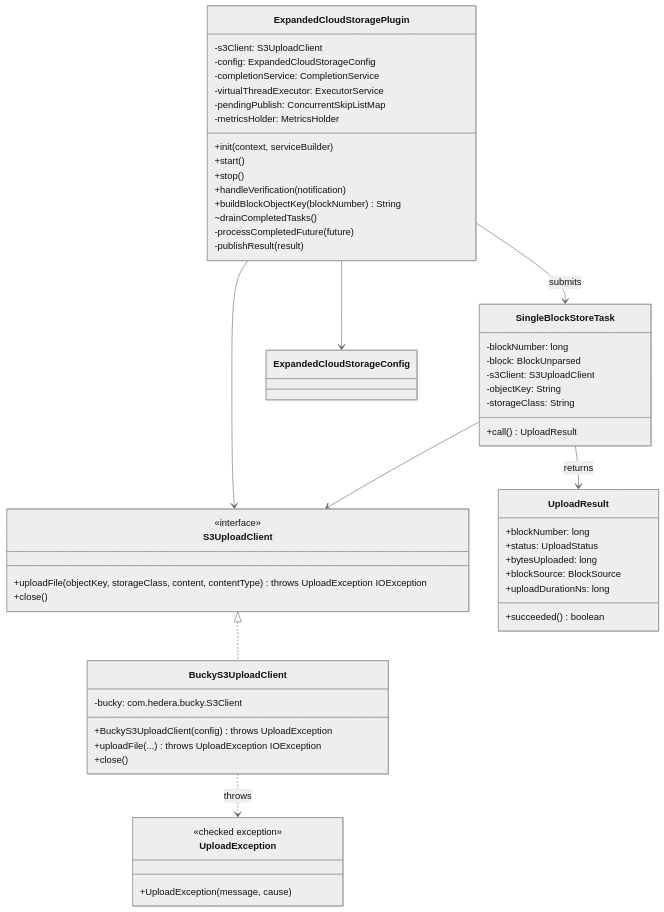
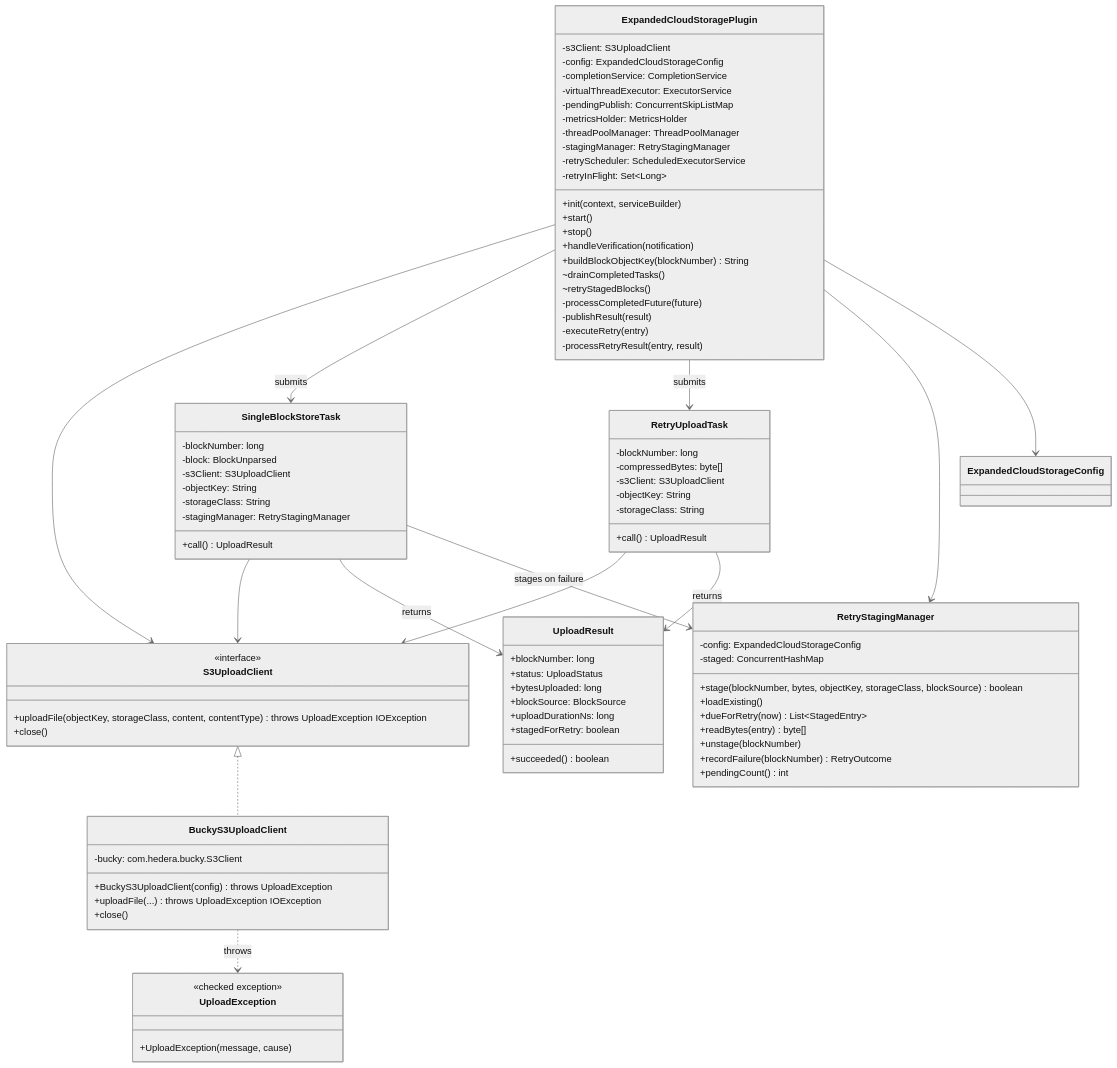
One commit to hiero-ledger/hiero-block-node changed the second of 2 diagrams in docs/design/persistence/cloud-storage-expanded.md. Above: the diagram before and after it, drawn with Mermaid (neutral theme). The commit also changed other lines of this file and 14 other files, not shown here.

Commit message:
3207 Expanded cloud storage plugin retries failed block uploads

````diff
--- a/docs/design/persistence/cloud-storage-expanded.md
+++ b/docs/design/persistence/cloud-storage-expanded.md
@@ -316,14 +388,21 @@
         -virtualThreadExecutor: ExecutorService
         -pendingPublish: ConcurrentSkipListMap
         -metricsHolder: MetricsHolder
+        -threadPoolManager: ThreadPoolManager
+        -stagingManager: RetryStagingManager
+        -retryScheduler: ScheduledExecutorService
+        -retryInFlight: Set~Long~
         +init(context, serviceBuilder)
         +start()
         +stop()
         +handleVerification(notification)
         +buildBlockObjectKey(blockNumber) String
         ~drainCompletedTasks()
+        ~retryStagedBlocks()
         -processCompletedFuture(future)
         -publishResult(result)
+        -executeRetry(entry)
+        -processRetryResult(entry, result)
     }
     class SingleBlockStoreTask {
         -blockNumber: long
@@ -331,6 +410,7 @@
         -s3Client: S3UploadClient
         -objectKey: String
         -storageClass: String
+        -stagingManager: RetryStagingManager
         +call() UploadResult
     }
     class UploadResult {
@@ -339,13 +419,38 @@
         +bytesUploaded: long
         +blockSource: BlockSource
         +uploadDurationNs: long
+        +stagedForRetry: boolean
         +succeeded() boolean
+    }
+    class RetryStagingManager {
+        -config: ExpandedCloudStorageConfig
+        -staged: ConcurrentHashMap
+        +stage(blockNumber, bytes, objectKey, storageClass, blockSource) boolean
+        +loadExisting()
+        +dueForRetry(now) List~StagedEntry~
+        +readBytes(entry) byte[]
+        +unstage(blockNumber)
+        +recordFailure(blockNumber) RetryOutcome
+        +pendingCount() int
+    }
+    class RetryUploadTask {
+        -blockNumber: long
+        -compressedBytes: byte[]
+        -s3Client: S3UploadClient
+        -objectKey: String
+        -storageClass: String
+        +call() UploadResult
     }
     S3UploadClient <|.. BuckyS3UploadClient
     BuckyS3UploadClient ..> UploadException : throws
     ExpandedCloudStoragePlugin --> S3UploadClient
     ExpandedCloudStoragePlugin --> SingleBlockStoreTask : submits
+    ExpandedCloudStoragePlugin --> RetryUploadTask : submits
+    ExpandedCloudStoragePlugin --> RetryStagingManager
     SingleBlockStoreTask --> S3UploadClient
     SingleBlockStoreTask --> UploadResult : returns
+    SingleBlockStoreTask --> RetryStagingManager : stages on failure
+    RetryUploadTask --> S3UploadClient
+    RetryUploadTask --> UploadResult : returns
     ExpandedCloudStoragePlugin --> ExpandedCloudStorageConfig
 ```
````
